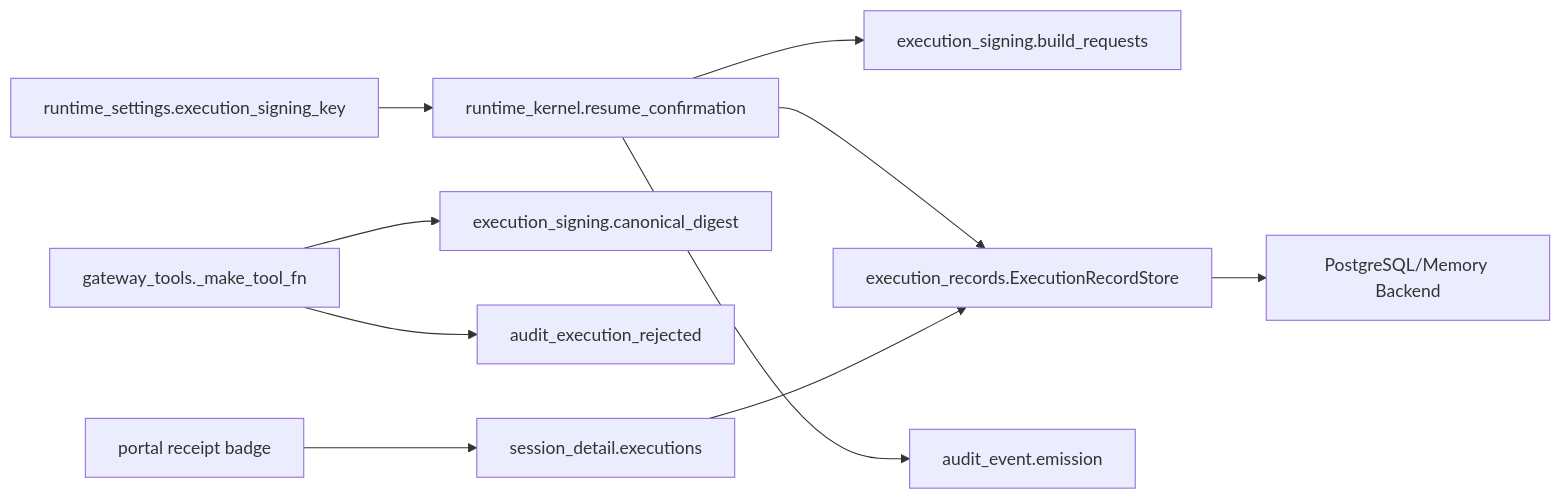
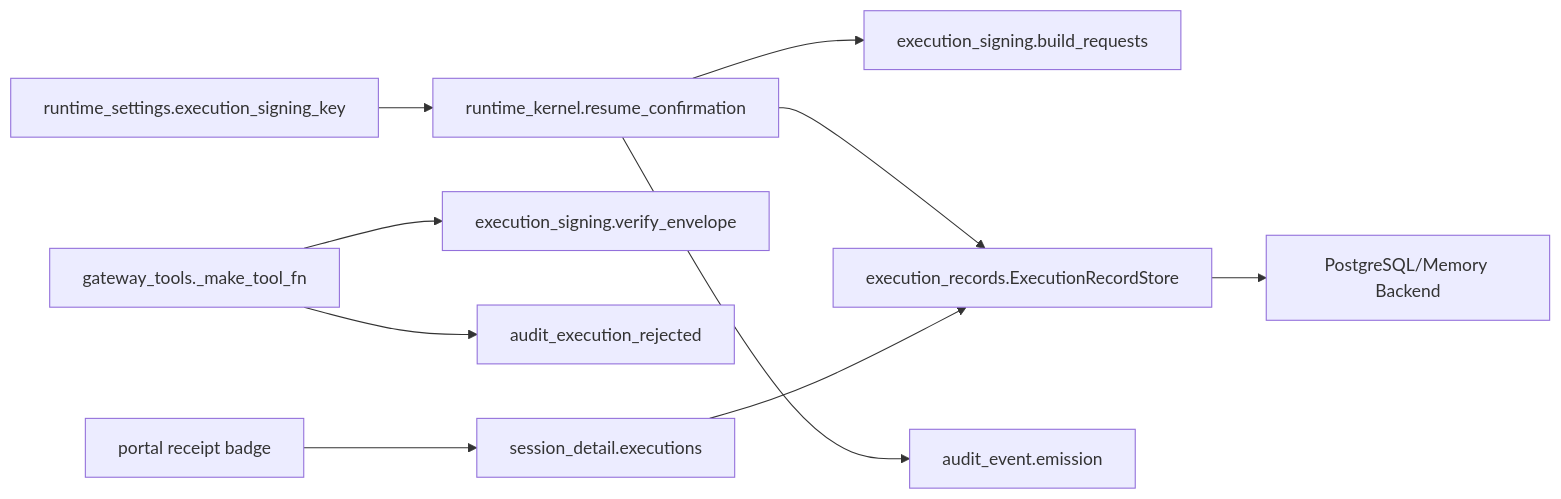
One commit to metasync/luban-aiops changed the eighth of 8 diagrams in .qoder/repowiki/en/content/Architecture Documentation/SPEC-037_ Signed Execution Requests and Receipts.md. Above: the diagram before and after it, drawn with Mermaid. The commit also changed other lines of this file and 6 other files, not shown here.

````diff
--- a/.qoder/repowiki/en/content/Architecture Documentation/SPEC-037_ Signed Execution Requests and Receipts.md
+++ b/.qoder/repowiki/en/content/Architecture Documentation/SPEC-037_ Signed Execution Requests and Receipts.md
@@ -312,12 +314,12 @@
 ```mermaid
 graph LR
 RS["runtime_settings.execution_signing_key"] --> RK["runtime_kernel.resume_confirmation"]
 RK --> ES["execution_signing.build_requests"]
 RK --> ER["execution_records.ExecutionRecordStore"]
 RK --> AE["audit_event.emission"]
-GT["gateway_tools._make_tool_fn"] --> EV["execution_signing.canonical_digest"]
+GT["gateway_tools._make_tool_fn"] --> EV["execution_signing.verify_envelope"]
 GT --> AR["audit_execution_rejected"]
 ER --> DB["PostgreSQL/Memory Backend"]
 UI["portal receipt badge"] --> SD["session_detail.executions"]
 SD --> ER
 ```
````
